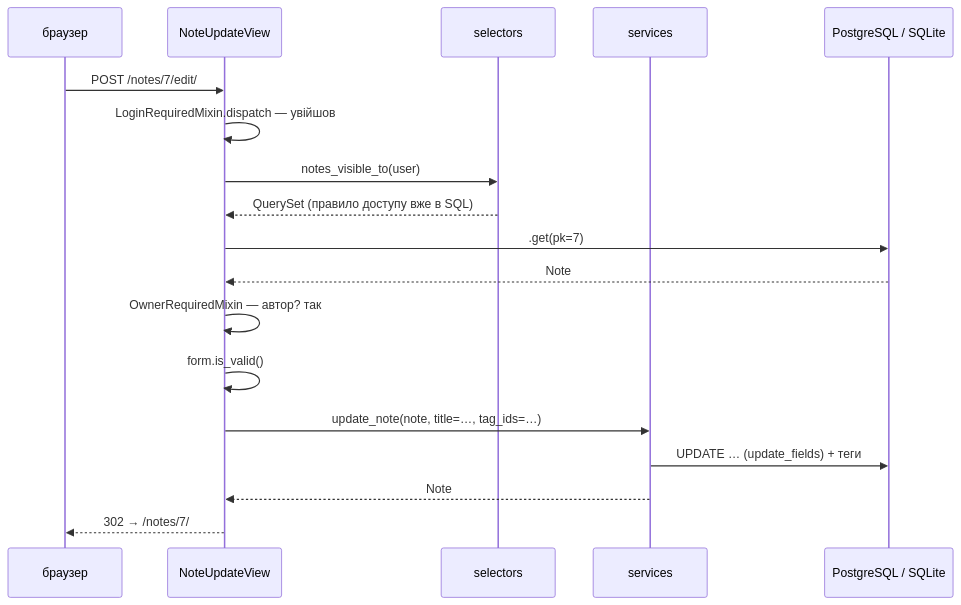
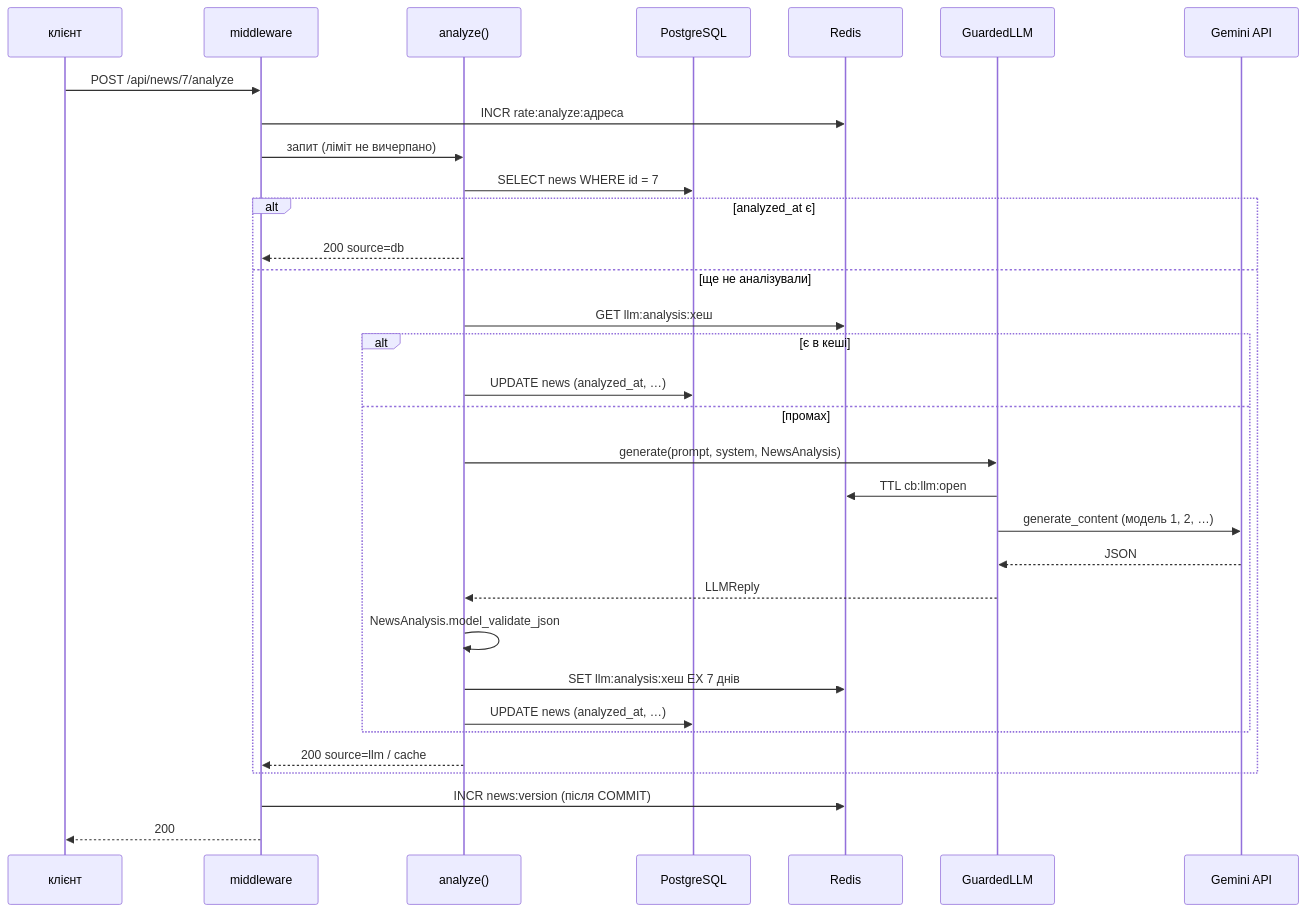
One commit to AlinaRadchenko/PY-Course-Victor-Nikoriak-22-09-2026 changed the sixth of 8 diagrams in docs/modules/m4/lesson_44.md. Above: the diagram before and after it, drawn with Mermaid. The commit also changed other lines of this file and 1846 other files, not shown here.

````diff
--- a/docs/modules/m4/lesson_44.md
+++ b/docs/modules/m4/lesson_44.md
@@ -544,21 +814,35 @@
 ```mermaid
 sequenceDiagram
-    participant B as браузер
-    participant V as NoteUpdateView
-    participant S as selectors
-    participant SV as services
-    participant DB as PostgreSQL / SQLite
+    participant C as клієнт
+    participant M as middleware
+    participant E as analyze()
+    participant DB as PostgreSQL
+    participant R as Redis
+    participant B as GuardedLLM
+    participant G as Gemini API
 
-    B->>V: POST /notes/7/edit/
-    V->>V: LoginRequiredMixin.dispatch — увійшов
-    V->>S: notes_visible_to(user)
-    S-->>V: QuerySet (правило доступу вже в SQL)
-    V->>DB: .get(pk=7)
-    DB-->>V: Note
-    V->>V: OwnerRequiredMixin — автор? так
-    V->>V: form.is_valid()
-    V->>SV: update_note(note, title=…, tag_ids=…)
-    SV->>DB: UPDATE … (update_fields) + теги
-    SV-->>V: Note
-    V-->>B: 302 → /notes/7/
+    C->>M: POST /api/news/7/analyze
+    M->>R: INCR rate:analyze:адреса
+    M->>E: запит (ліміт не вичерпано)
+    E->>DB: SELECT news WHERE id = 7
+    alt analyzed_at є
+        E-->>M: 200 source=db
+    else ще не аналізували
+        E->>R: GET llm:analysis:хеш
+        alt є в кеші
+            E->>DB: UPDATE news (analyzed_at, …)
+        else промах
+            E->>B: generate(prompt, system, NewsAnalysis)
+            B->>R: TTL cb:llm:open
+            B->>G: generate_content (модель 1, 2, …)
+            G-->>B: JSON
+            B-->>E: LLMReply
+            E->>E: NewsAnalysis.model_validate_json
+            E->>R: SET llm:analysis:хеш EX 7 днів
+            E->>DB: UPDATE news (analyzed_at, …)
+        end
+        E-->>M: 200 source=llm / cache
+    end
+    M->>R: INCR news:version (після COMMIT)
+    M-->>C: 200
 ```
````
